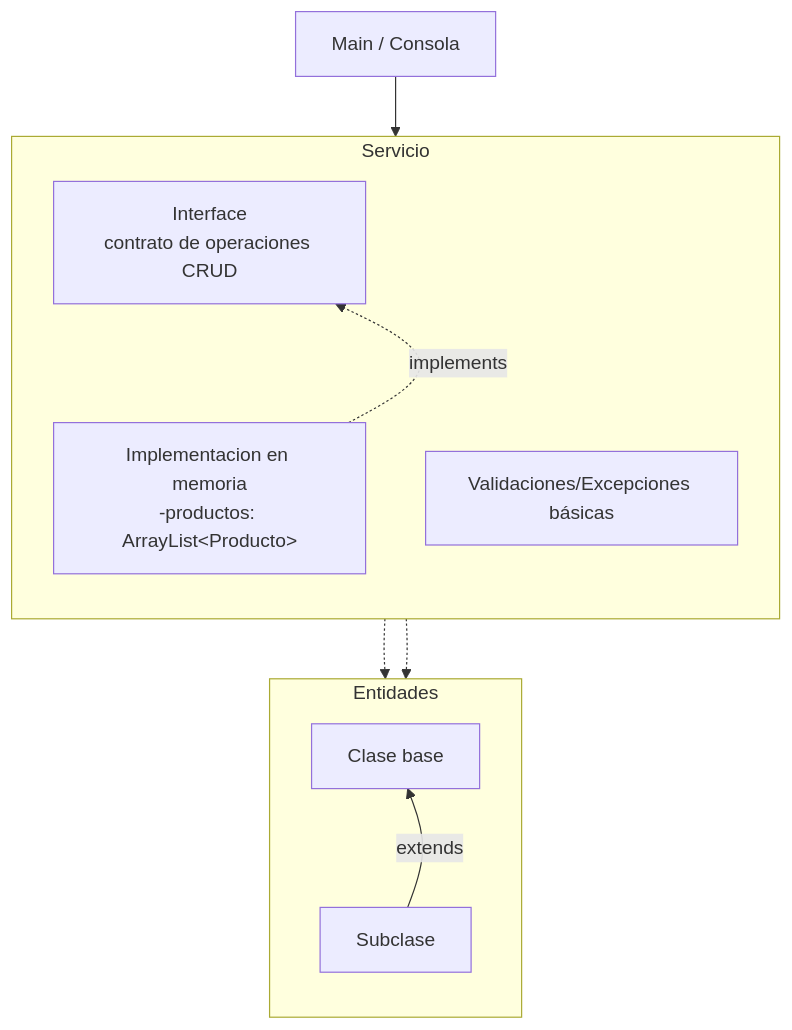
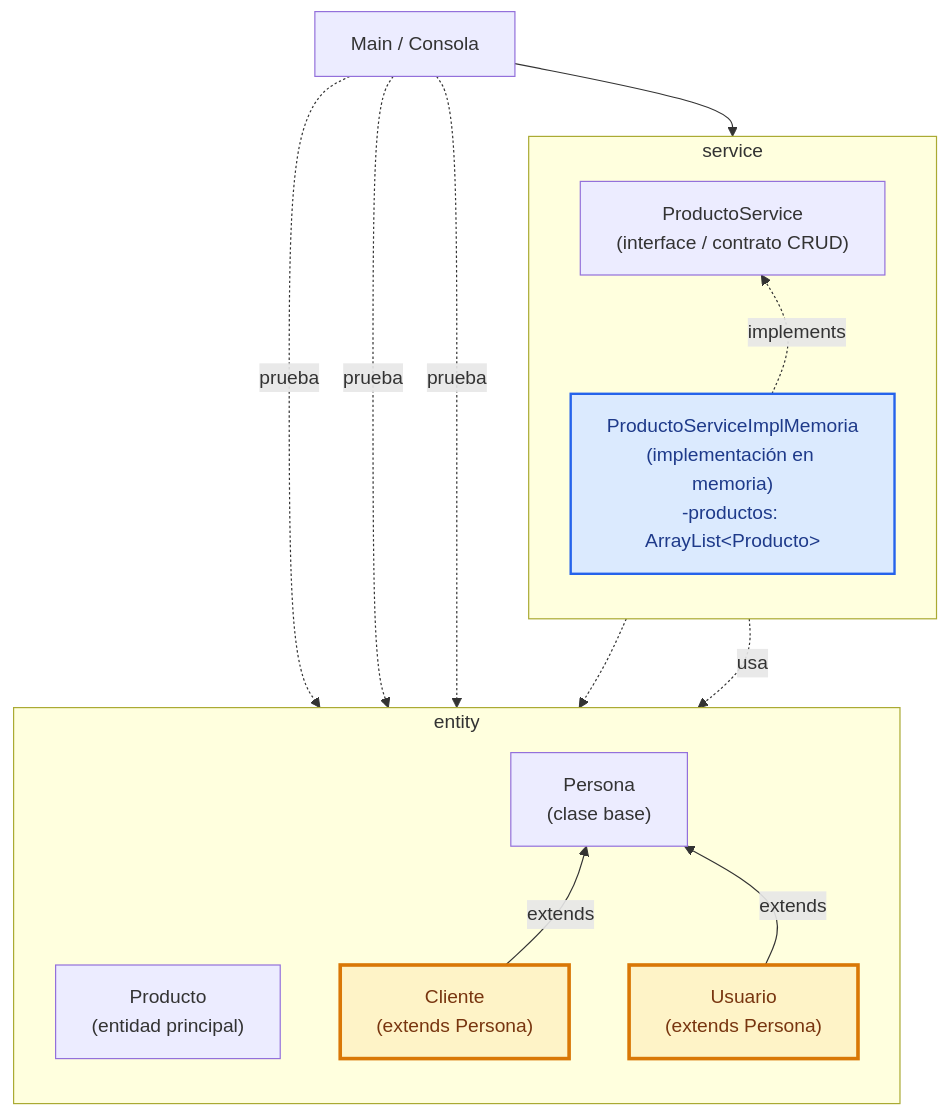
Before and after one commit to 262poo/comarket: the first of 3 diagrams in docs/index.md, drawn with Mermaid. The commit also changed other lines of this file and 36 other files, not shown here.

````diff
--- a/docs/index.md
+++ b/docs/index.md
@@ -70,25 +82,36 @@
 ```mermaid
 flowchart TB
     Main["Main / Consola"]
 
-    subgraph ServiceU1["Servicio"]
+    subgraph ServiceU1["service"]
         direction TB
-        InterfaceU1["Interface<br/>contrato de operaciones CRUD"]
-        ImplementacionU1["Implementacion en memoria<br/>-productos: ArrayList&lt;Producto&gt;"]
-        ValidacionesU1["Validaciones/Excepciones básicas"]
+        InterfaceU1["ProductoService<br/>(interface / contrato CRUD)"]
+        ImplementacionU1["ProductoServiceImplMemoria<br/>(implementación en memoria)<br/>-productos: ArrayList&lt;Producto&gt;"]
     end
 
-    subgraph EntitiesU1["Entidades"]
+    subgraph EntitiesU1["entity"]
         direction TB
-        ClaseBaseU1["Clase base"]
-        SubclaseU1["Subclase"]
+        ProductoU1["Producto<br/>(entidad principal)"]
+        PersonaU1["Persona<br/>(clase base)"]
+        ClienteU1["Cliente<br/>(extends Persona)"]
+        UsuarioU1["Usuario<br/>(extends Persona)"]
     end
 
     Main --> InterfaceU1
+    Main -. prueba .-> ProductoU1
+    Main -. prueba .-> ClienteU1
+    Main -. prueba .-> UsuarioU1
     InterfaceU1 ~~~ ImplementacionU1
     ImplementacionU1 -. implements .-> InterfaceU1
-    InterfaceU1 -.-> EntitiesU1
-    ImplementacionU1 -.-> EntitiesU1
-    ClaseBaseU1 ~~~ SubclaseU1
-    SubclaseU1 -- extends --> ClaseBaseU1
+    InterfaceU1 -.-> ProductoU1
+    ImplementacionU1 -. usa .-> ProductoU1
+    PersonaU1 ~~~ ClienteU1
+    PersonaU1 ~~~ UsuarioU1
+    ClienteU1 -- extends --> PersonaU1
+    UsuarioU1 -- extends --> PersonaU1
+
+    classDef serviceImpl fill:#dbeafe,stroke:#2563eb,stroke-width:2px,color:#1e3a8a;
+    classDef personaRole fill:#fef3c7,stroke:#d97706,stroke-width:3px,color:#78350f;
+    class ImplementacionU1 serviceImpl;
+    class ClienteU1,UsuarioU1 personaRole;
 ```
````
